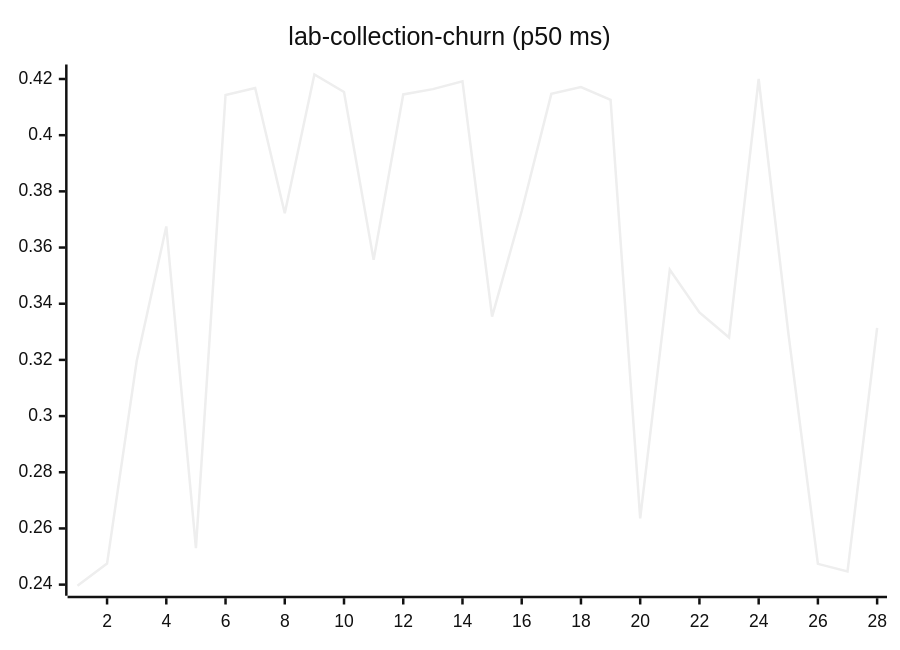
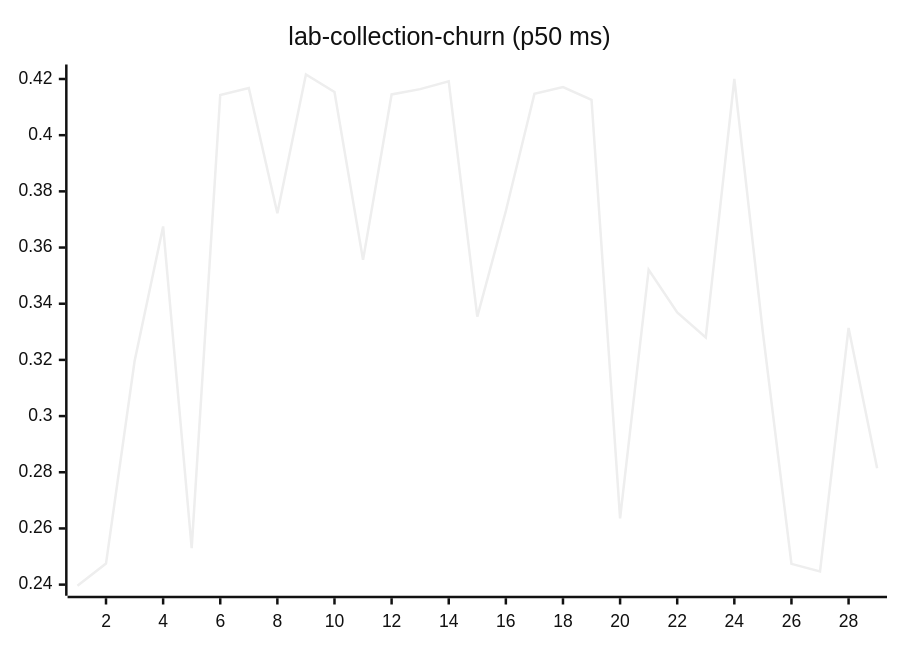
Before and after one commit to josha/Facet: diagram 11 of 27 in README.md, drawn with Mermaid (neutral theme). The commit also changed other lines of this file and 2 other files, not shown here.

````diff
--- a/README.md
+++ b/README.md
@@ -133,6 +133,6 @@
 ```mermaid
 xychart-beta
     title "lab-collection-churn (p50 ms)"
-    x-axis 1 --> 28
-    line [0.2396, 0.2475, 0.3195, 0.3675, 0.2530, 0.4143, 0.4168, 0.3722, 0.4216, 0.4154, 0.3556, 0.4145, 0.4164, 0.4192, 0.3354, 0.3730, 0.4147, 0.4171, 0.4126, 0.2636, 0.3521, 0.3369, 0.3280, 0.4200, 0.3297, 0.2474, 0.2447, 0.3314]
+    x-axis 1 --> 29
+    line [0.2396, 0.2475, 0.3195, 0.3675, 0.2530, 0.4143, 0.4168, 0.3722, 0.4216, 0.4154, 0.3556, 0.4145, 0.4164, 0.4192, 0.3354, 0.3730, 0.4147, 0.4171, 0.4126, 0.2636, 0.3521, 0.3369, 0.3280, 0.4200, 0.3297, 0.2474, 0.2447, 0.3314, 0.2814]
 ```
````
